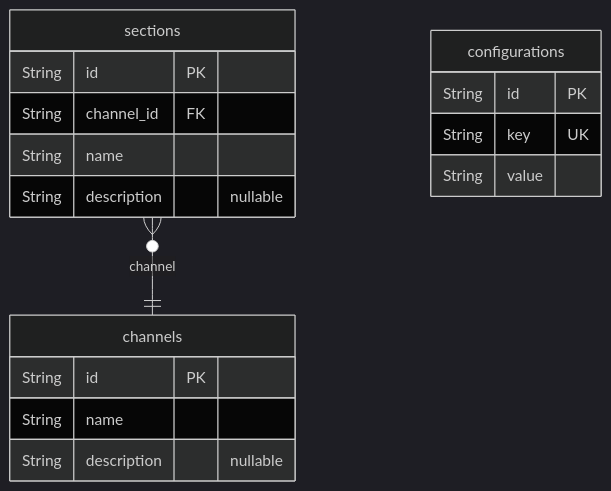
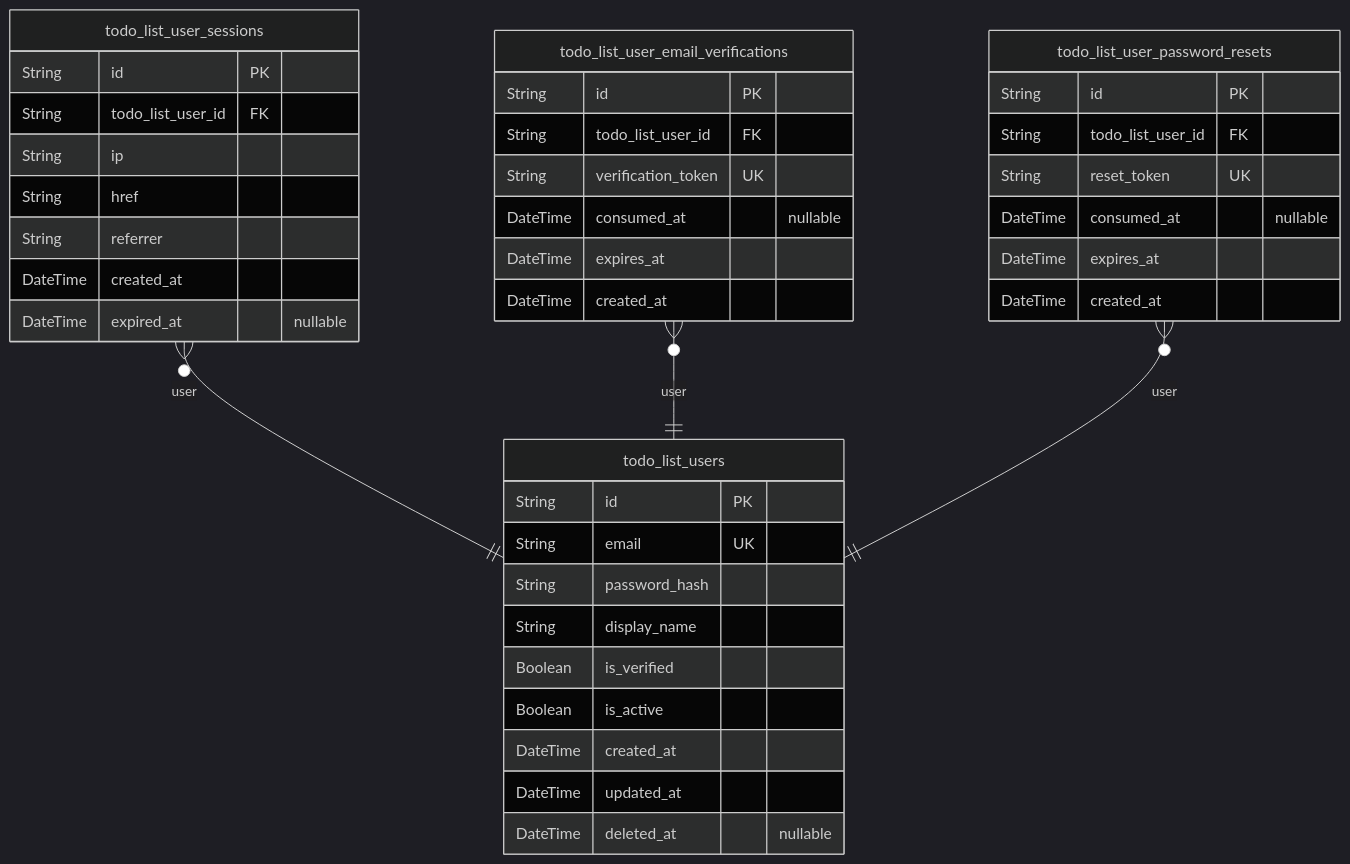
Before and after one commit to wrtnlabs/autobe-examples: the first of 2 diagrams in meta-llama/llama-4-scout/todo/docs/ERD.md, drawn with Mermaid (dark theme). The commit also changed other lines of this file and 3372 other files, not shown here.

````diff
--- a/meta-llama/llama-4-scout/todo/docs/ERD.md
+++ b/meta-llama/llama-4-scout/todo/docs/ERD.md
@@ -10,20 +10,42 @@
 ```mermaid
 erDiagram
-"channels" {
+"todo_list_users" {
   String id PK
-  String name
-  String description "nullable"
+  String email UK
+  String password_hash
+  String display_name
+  Boolean is_verified
+  Boolean is_active
+  DateTime created_at
+  DateTime updated_at
+  DateTime deleted_at "nullable"
 }
-"sections" {
+"todo_list_user_sessions" {
   String id PK
-  String channel_id FK
-  String name
-  String description "nullable"
+  String todo_list_user_id FK
+  String ip
+  String href
+  String referrer
+  DateTime created_at
+  DateTime expired_at "nullable"
 }
-"configurations" {
+"todo_list_user_email_verifications" {
   String id PK
-  String key UK
-  String value
+  String todo_list_user_id FK
+  String verification_token UK
+  DateTime consumed_at "nullable"
+  DateTime expires_at
+  DateTime created_at
 }
-"sections" }o--|| "channels" : channel
+"todo_list_user_password_resets" {
+  String id PK
+  String todo_list_user_id FK
+  String reset_token UK
+  DateTime consumed_at "nullable"
+  DateTime expires_at
+  DateTime created_at
+}
+"todo_list_user_sessions" }o--|| "todo_list_users" : user
+"todo_list_user_email_verifications" }o--|| "todo_list_users" : user
+"todo_list_user_password_resets" }o--|| "todo_list_users" : user
 ```
````
